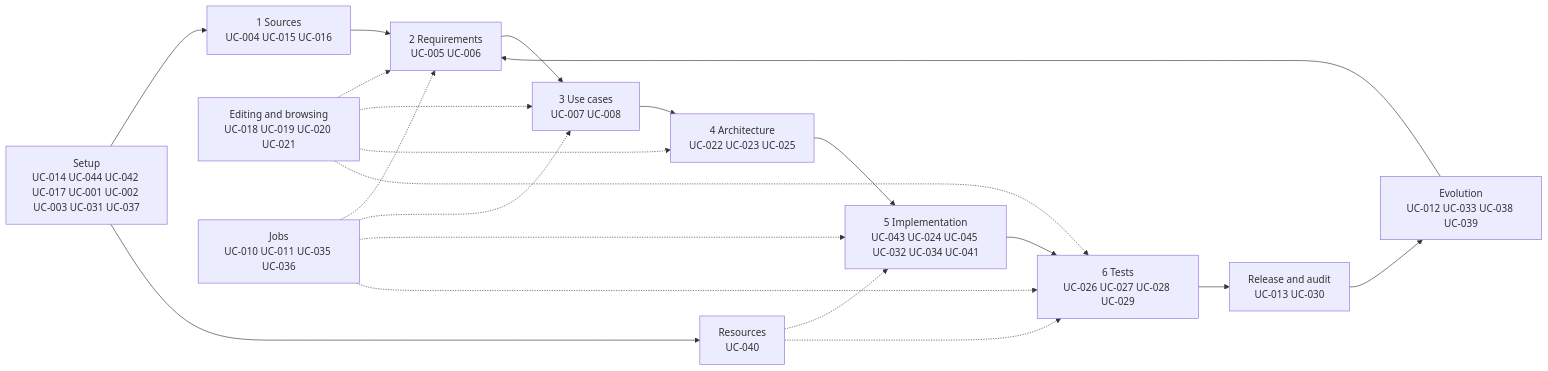
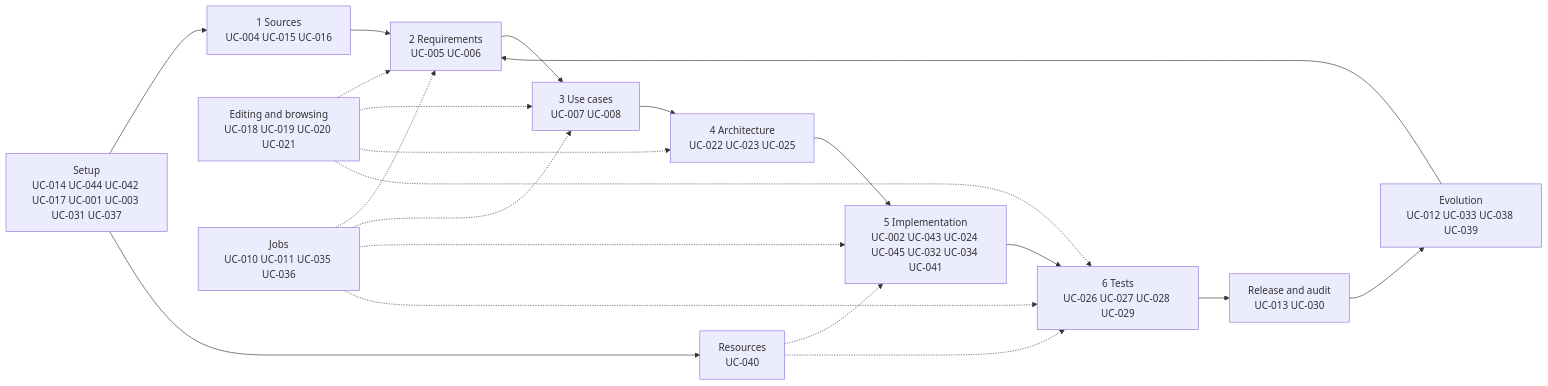
One commit to akmaier/agent-m changed the diagram in docs/use-cases/README.md. Above: the diagram before and after it, drawn with Mermaid. The commit also changed 7 other files, not shown here.

First line of the commit message:
docs: the process is configured when implementation starts — UC-024 step 1, UC-002 to implementation, SPEC queue 2026-10-05d; UC-045's diagram fixed

````diff
--- a/docs/use-cases/README.md
+++ b/docs/use-cases/README.md
@@ -119,16 +119,16 @@
 ```mermaid
 flowchart LR
-    S[Setup<br/>UC-014 UC-044 UC-042 UC-017 UC-001 UC-002 UC-003 UC-031 UC-037] --> Q[1 Sources<br/>UC-004 UC-015 UC-016]
+    S[Setup<br/>UC-014 UC-044 UC-042 UC-017 UC-001 UC-003 UC-031 UC-037] --> Q[1 Sources<br/>UC-004 UC-015 UC-016]
     S --> RES[Resources<br/>UC-040]
     Q --> R[2 Requirements<br/>UC-005 UC-006]
     R --> U[3 Use cases<br/>UC-007 UC-008]
     U --> A[4 Architecture<br/>UC-022 UC-023 UC-025]
-    A --> I[5 Implementation<br/>UC-043 UC-024 UC-045 UC-032 UC-034 UC-041]
+    A --> I[5 Implementation<br/>UC-002 UC-043 UC-024 UC-045 UC-032 UC-034 UC-041]
     I --> T[6 Tests<br/>UC-026 UC-027 UC-028 UC-029]
     T --> REL[Release and audit<br/>UC-013 UC-030]
     REL --> E[Evolution<br/>UC-012 UC-033 UC-038 UC-039]
     E --> R
     ED[Editing and browsing<br/>UC-018 UC-019 UC-020 UC-021] -.-> R & U & A & T
     J[Jobs<br/>UC-010 UC-011 UC-035 UC-036] -.-> R & U & I & T
     RES -.-> I & T
 ```
````
